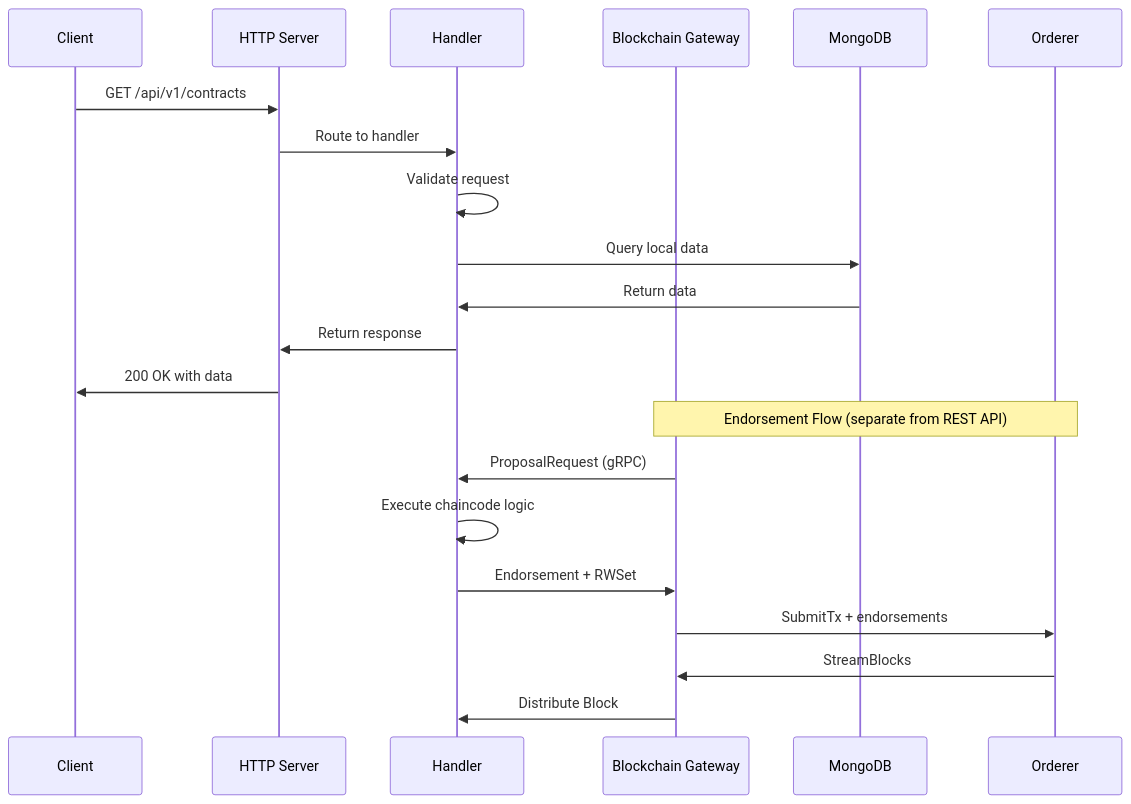
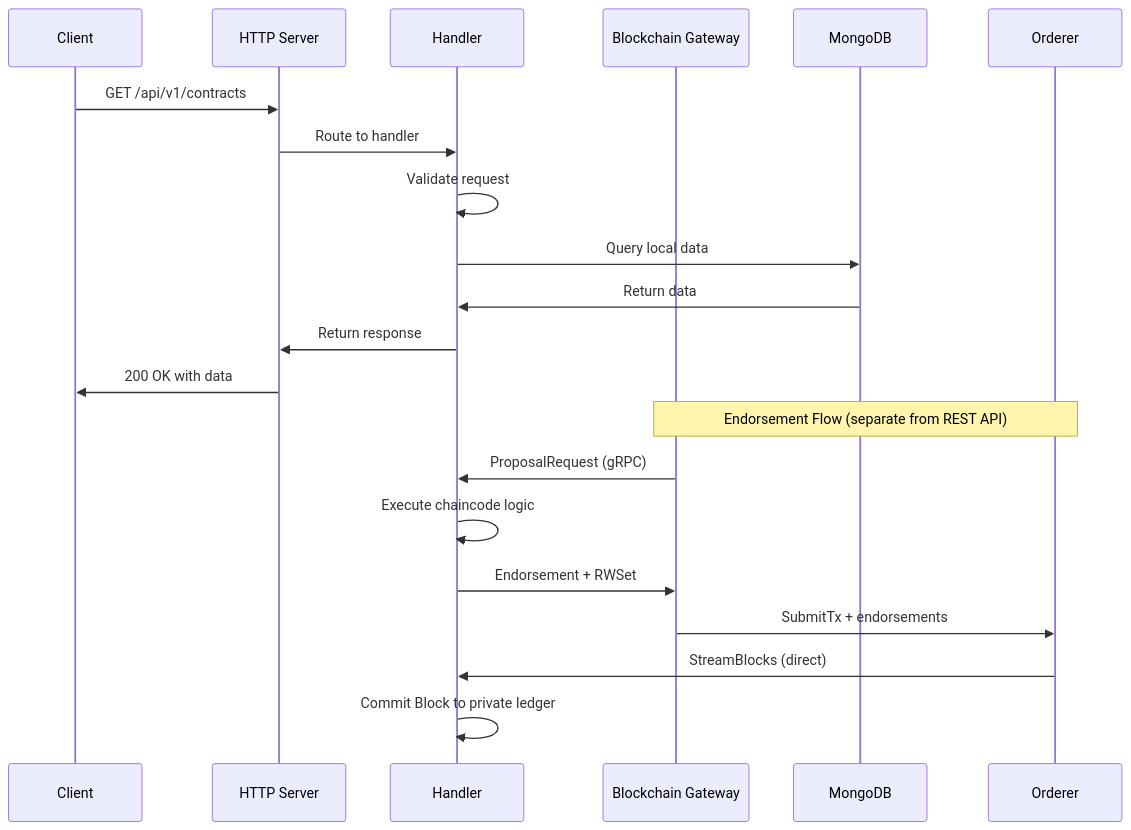
Before and after one commit to trunghc97/blockchain: diagram 23 of 25 in System_Design_Document.md, drawn with Mermaid. The commit also changed other lines of this file and 1 other file, not shown here.

````diff
--- a/System_Design_Document.md
+++ b/System_Design_Document.md
@@ -2177,25 +2185,25 @@
 ```mermaid
 sequenceDiagram
     participant Client
     participant HTTP as HTTP Server
     participant Handler
     participant GW as Blockchain Gateway
     participant DB as MongoDB
     participant Orderer
 
     Client->>HTTP: GET /api/v1/contracts
     HTTP->>Handler: Route to handler
     Handler->>Handler: Validate request
     Handler->>DB: Query local data
     DB->>Handler: Return data
     Handler->>HTTP: Return response
     HTTP->>Client: 200 OK with data
 
     Note over GW,Orderer: Endorsement Flow (separate from REST API)
     GW->>Handler: ProposalRequest (gRPC)
     Handler->>Handler: Execute chaincode logic
     Handler->>GW: Endorsement + RWSet
     GW->>Orderer: SubmitTx + endorsements
-    Orderer->>GW: StreamBlocks
-    GW->>Handler: Distribute Block
+    Orderer->>Handler: StreamBlocks (direct)
+    Handler->>Handler: Commit Block to private ledger
 ```
````
